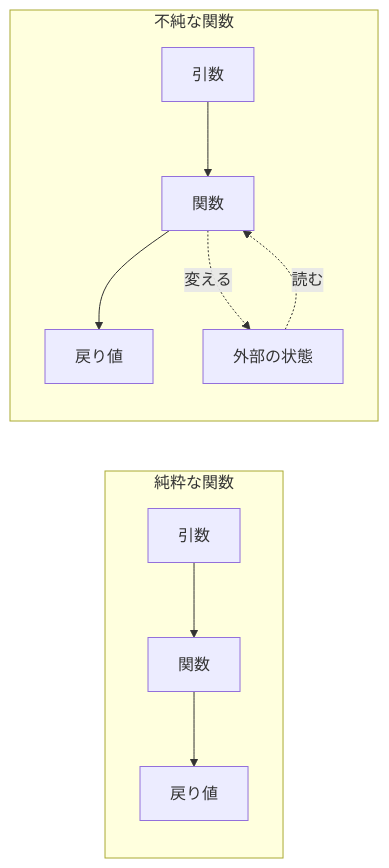
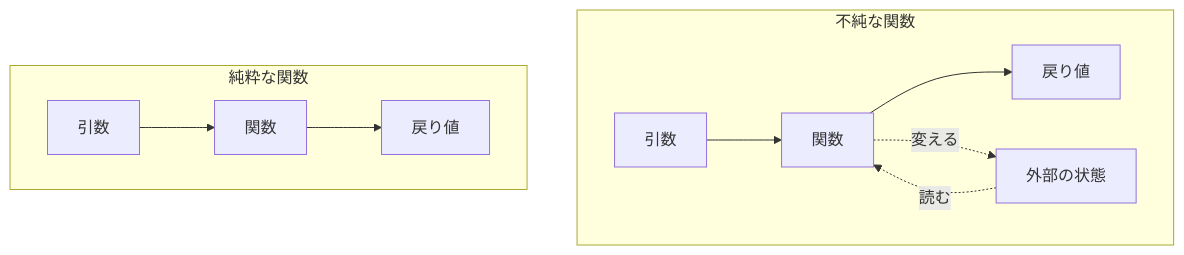
The diagram in docs/drafts/145/index.md (ozaki25/web-front-training-ozaki25), drawn with Mermaid before and after one commit. The commit also changed other lines of this file and 4 other files, not shown here.

Commit message:
Reactレビュー: 030 イベント/031 データ取得/083 エラーバウンダリ(error.tsxのlayout保護範囲を訂正)/130 メモリリーク/145 純粋関数(図の順序修正)

````diff
--- a/docs/drafts/145/index.md
+++ b/docs/drafts/145/index.md
@@ -52,11 +52,13 @@
 ```mermaid
-flowchart LR
-  subgraph 純粋な関数
-    a1["引数"] --> f1["関数"] --> r1["戻り値"]
-  end
-  subgraph 不純な関数
+flowchart TB
+  subgraph I["不純な関数"]
+    direction LR
     a2["引数"] --> f2["関数"] --> r2["戻り値"]
     ext["外部の状態"] -.読む.-> f2
     f2 -.変える.-> ext
   end
+  subgraph P["純粋な関数"]
+    direction LR
+    a1["引数"] --> f1["関数"] --> r1["戻り値"]
+  end
 ```
````
